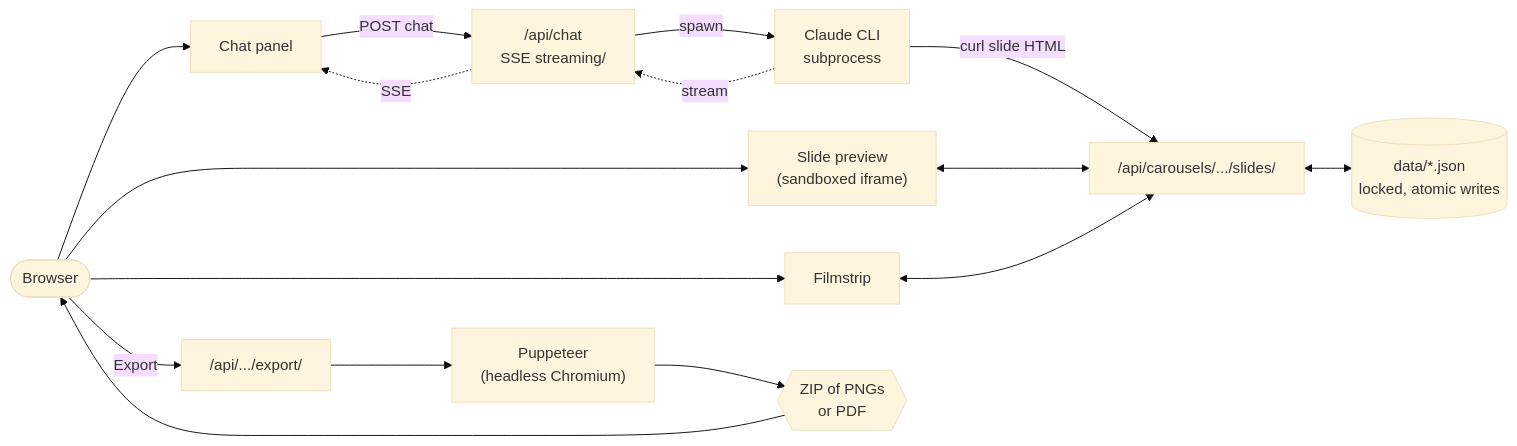
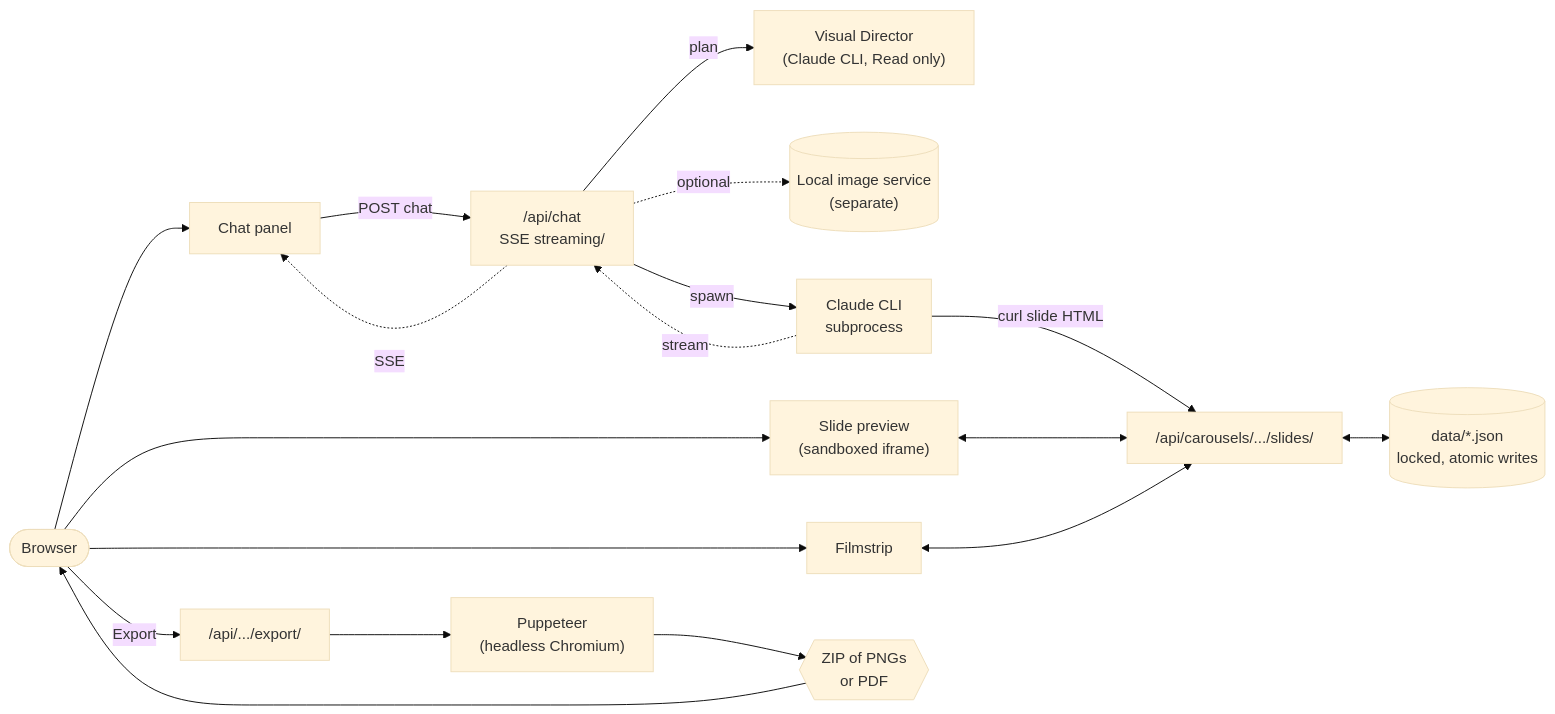
One commit to mk-global/creatorbrio changed the diagram in README.md. Above: the diagram before and after it, drawn with Mermaid (base theme). The commit also changed other lines of this file and 24 other files, not shown here.

````diff
--- a/README.md
+++ b/README.md
@@ -242,28 +270,30 @@
 ```mermaid
 flowchart LR
   U(["Browser"])
   C["Chat panel"]
   P["Slide preview<br/>(sandboxed iframe)"]
   F["Filmstrip"]
   API["/api/chat<br/>SSE streaming/"]
   CCLI["Claude CLI<br/>subprocess"]
   SLIDES["/api/carousels/.../slides/"]
   DATA[("data/*.json<br/>locked, atomic writes")]
   EXP["/api/.../export/"]
   PUP["Puppeteer<br/>(headless Chromium)"]
   ZIP{{"ZIP of PNGs<br/>or PDF"}}
 
   U --> C & P & F
   C -- "POST chat" --> API
+  API -- "plan" --> DIR["Visual Director<br/>(Claude CLI, Read only)"]
+  API -. "optional" .-> IMG[("Local image service<br/>(separate)")]
   API -- "spawn" --> CCLI
   CCLI -. "stream" .-> API
   API -. "SSE" .-> C
   CCLI -- "curl slide HTML" --> SLIDES
   SLIDES <--> DATA
   P <--> SLIDES
   F <--> SLIDES
   U -- "Export" --> EXP
   EXP --> PUP
   PUP --> ZIP
   ZIP --> U
 ```
````
